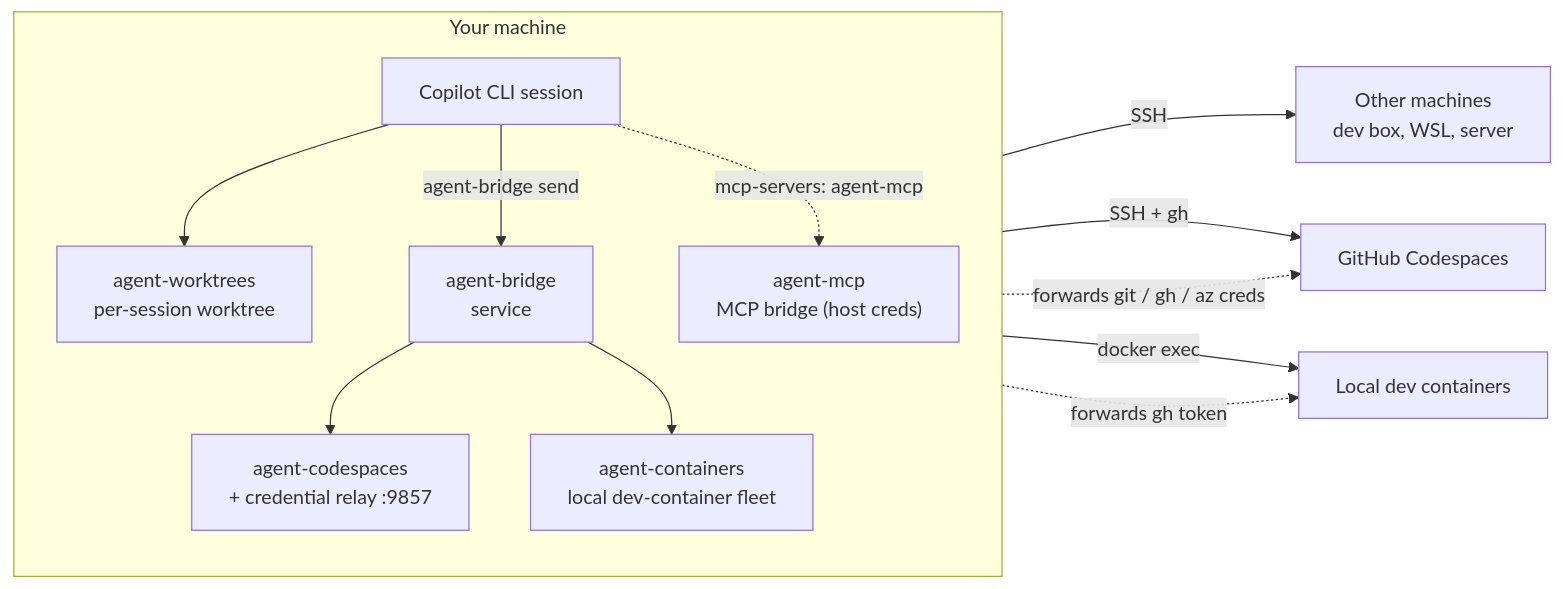
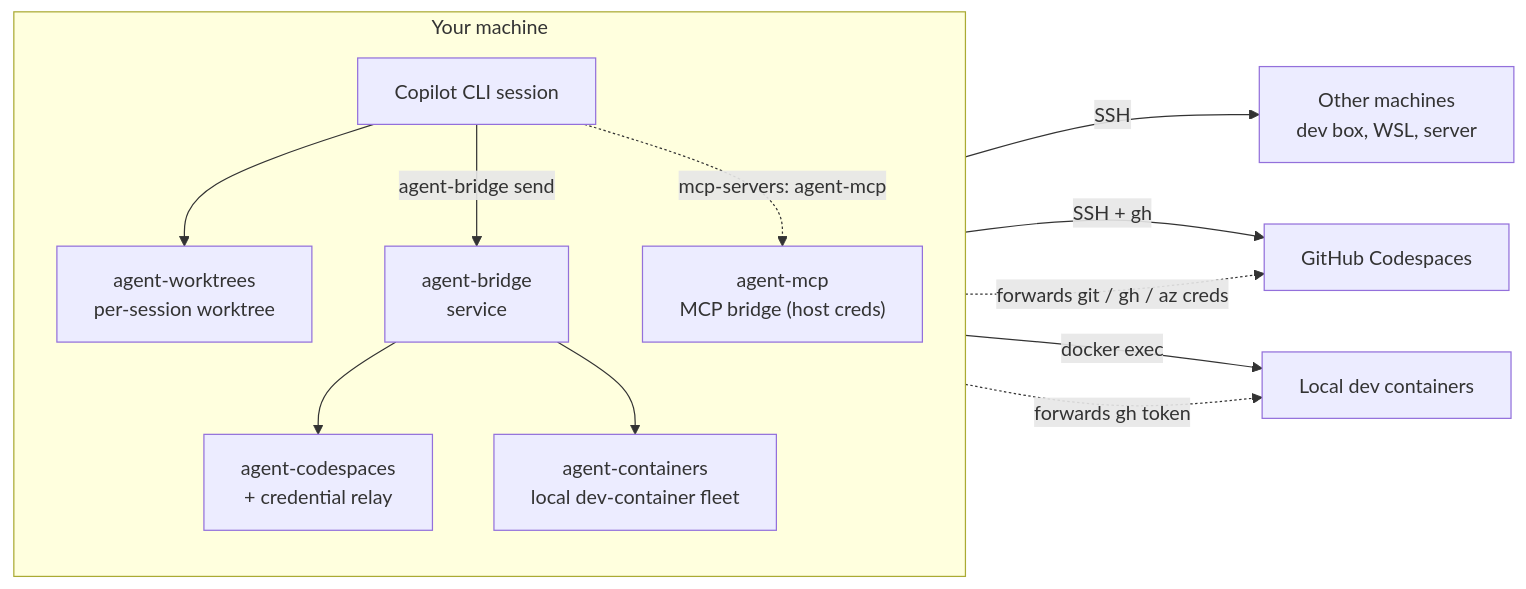
The second of 3 diagrams in README.md (ThomasMichon/copilot-extensions), drawn with Mermaid before and after one commit. The commit also changed other lines of this file and 5 other files, not shown here.

First line of the commit message:
docs: suite-level ground-truth audit (provider-manifest seam, dynamic ports, flow) (#597)

````diff
--- a/README.md
+++ b/README.md
@@ -131,22 +131,22 @@
 ```mermaid
 flowchart LR
     subgraph Yours["Your machine"]
       direction TB
       CLI["Copilot CLI session"]
       WT["agent-worktrees<br/>per-session worktree"]
       BR["agent-bridge<br/>service"]
-      CS["agent-codespaces<br/>+ credential relay :9857"]
+      CS["agent-codespaces<br/>+ credential relay"]
       CN["agent-containers<br/>local dev-container fleet"]
       MCP["agent-mcp<br/>MCP bridge (host creds)"]
       CLI --> WT
       CLI -->|agent-bridge send| BR
       CLI -.->|mcp-servers: agent-mcp| MCP
       BR --> CS
       BR --> CN
     end
     BR -->|SSH| OM["Other machines<br/>dev box, WSL, server"]
     CS -->|SSH + gh| GH["GitHub Codespaces"]
     CS -.->|forwards git / gh / az creds| GH
     CN -->|docker exec| DC["Local dev containers"]
     CN -.->|forwards gh token| DC
 ```
````
